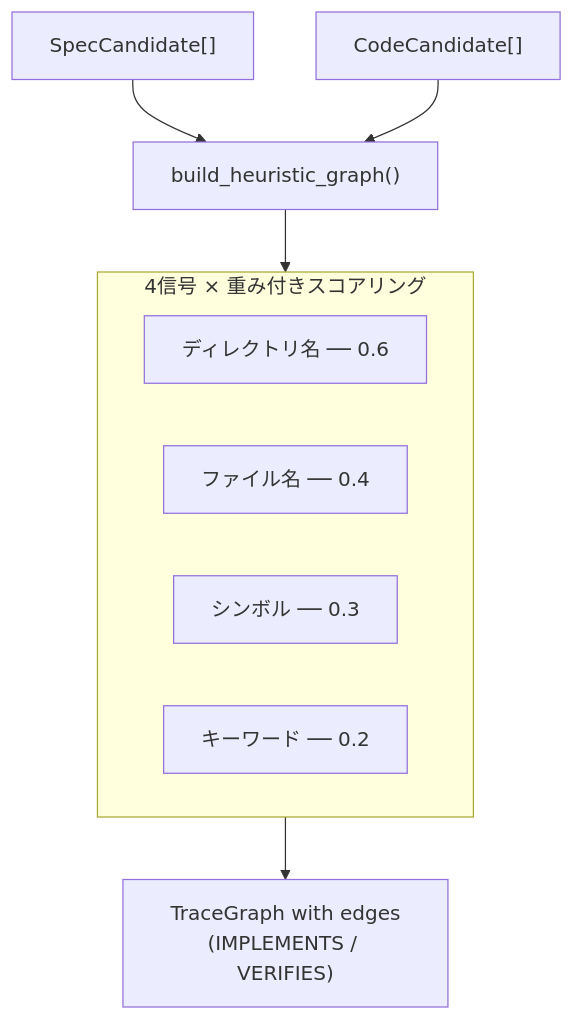
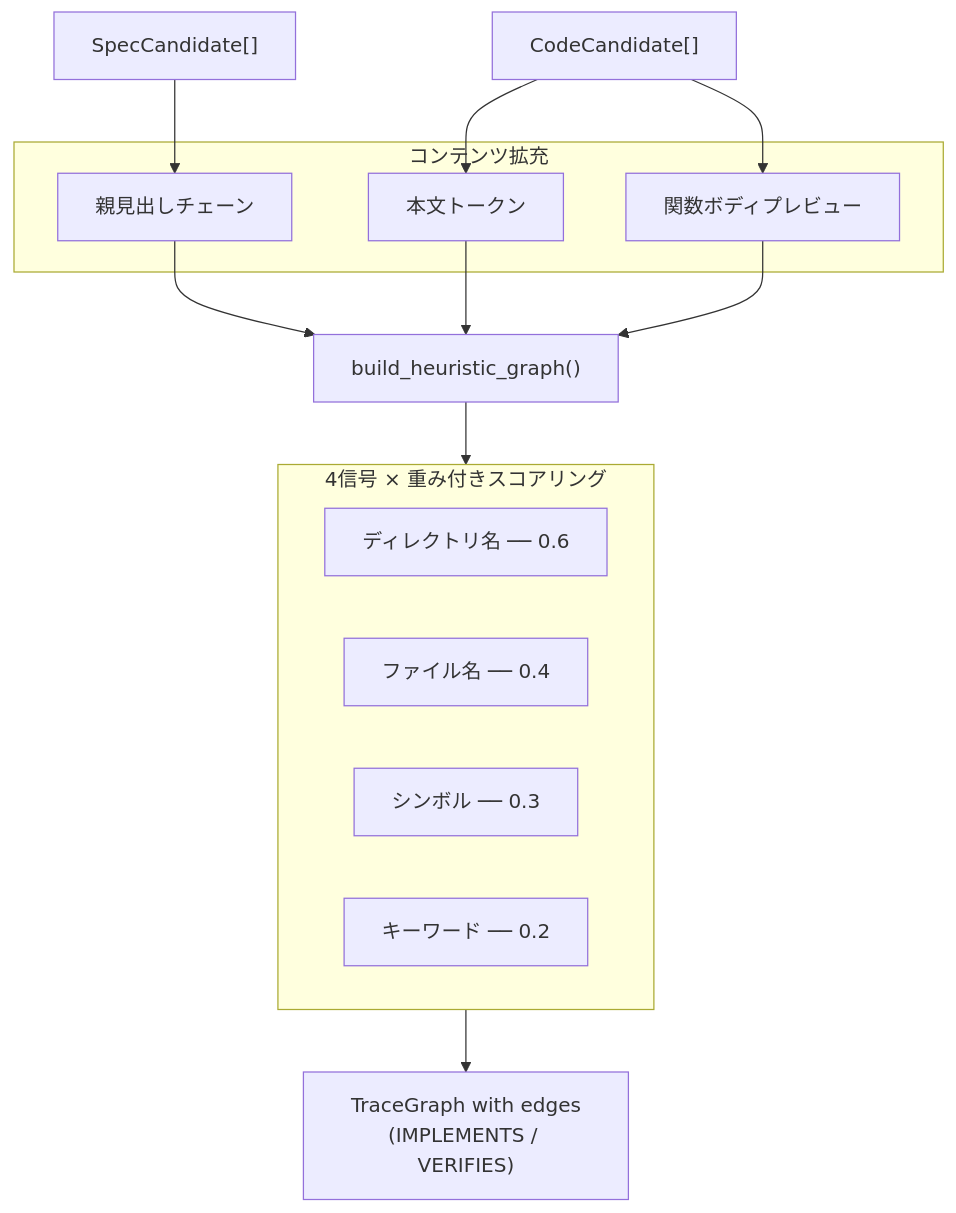
Before and after one commit to nekolife1984/specbridge: the diagram in docs/ja/05-heuristic-matching.md, drawn with Mermaid. The commit also changed other lines of this file and 5 other files, not shown here.

````diff
--- a/docs/ja/05-heuristic-matching.md
+++ b/docs/ja/05-heuristic-matching.md
@@ -10,21 +10,26 @@
 ```mermaid
 flowchart TB
     SPC["SpecCandidate[]"]
     COD["CodeCandidate[]"]
 
     MATCH["build_heuristic_graph()"]
 
     subgraph SCORE["4信号 × 重み付きスコアリング"]
         DIR["ディレクトリ名 ── 0.6"]
         FN["ファイル名   ── 0.4"]
         SYM["シンボル     ── 0.3"]
         KW["キーワード   ── 0.2"]
     end
 
-    RESULT["TraceGraph with edges<br/>(IMPLEMENTS / VERIFIES)"]
+    subgraph ENRICH["コンテンツ拡充"]
+        PC["親見出しチェーン"]
+        BT["本文トークン"]
+        FP["関数ボディプレビュー"]
+    end
 
-    SPC --> MATCH
-    COD --> MATCH
+    SPC --> PC --> MATCH
+    COD --> BT --> MATCH
+    COD --> FP --> MATCH
     MATCH --> SCORE
-    SCORE --> RESULT
+    SCORE --> RESULT["TraceGraph with edges<br/>(IMPLEMENTS / VERIFIES)"]
 ```
````
